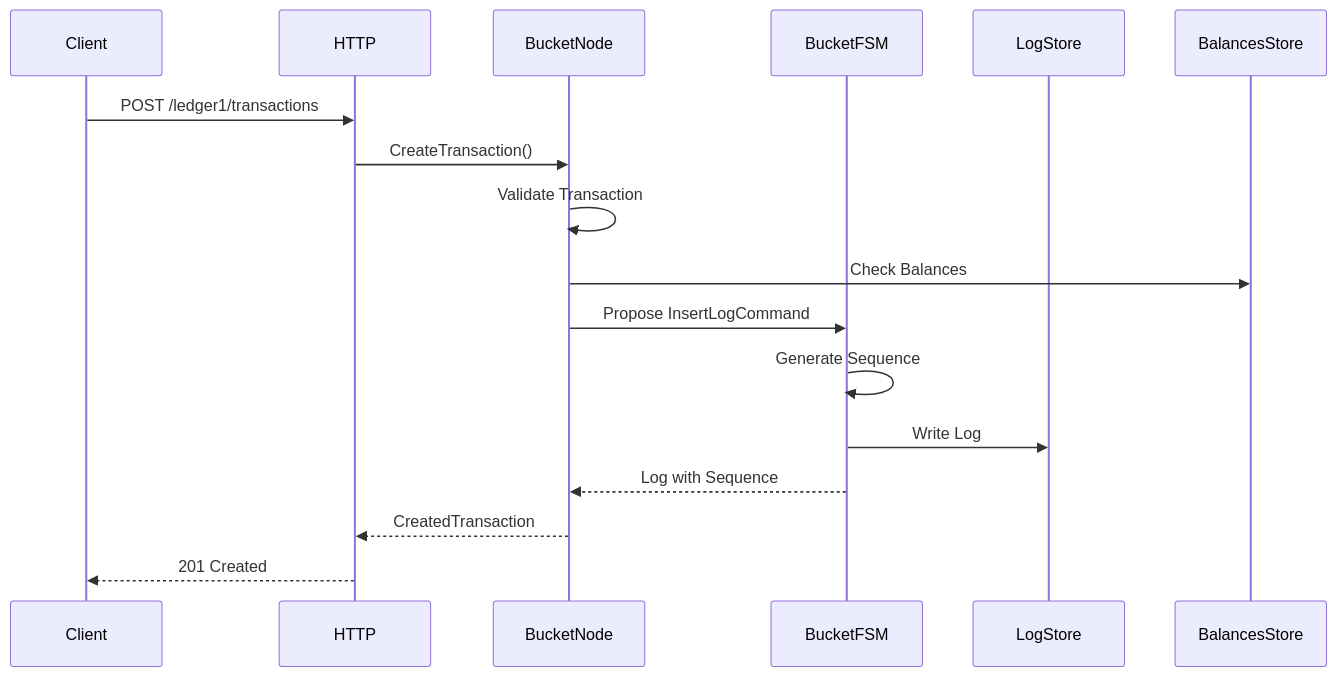
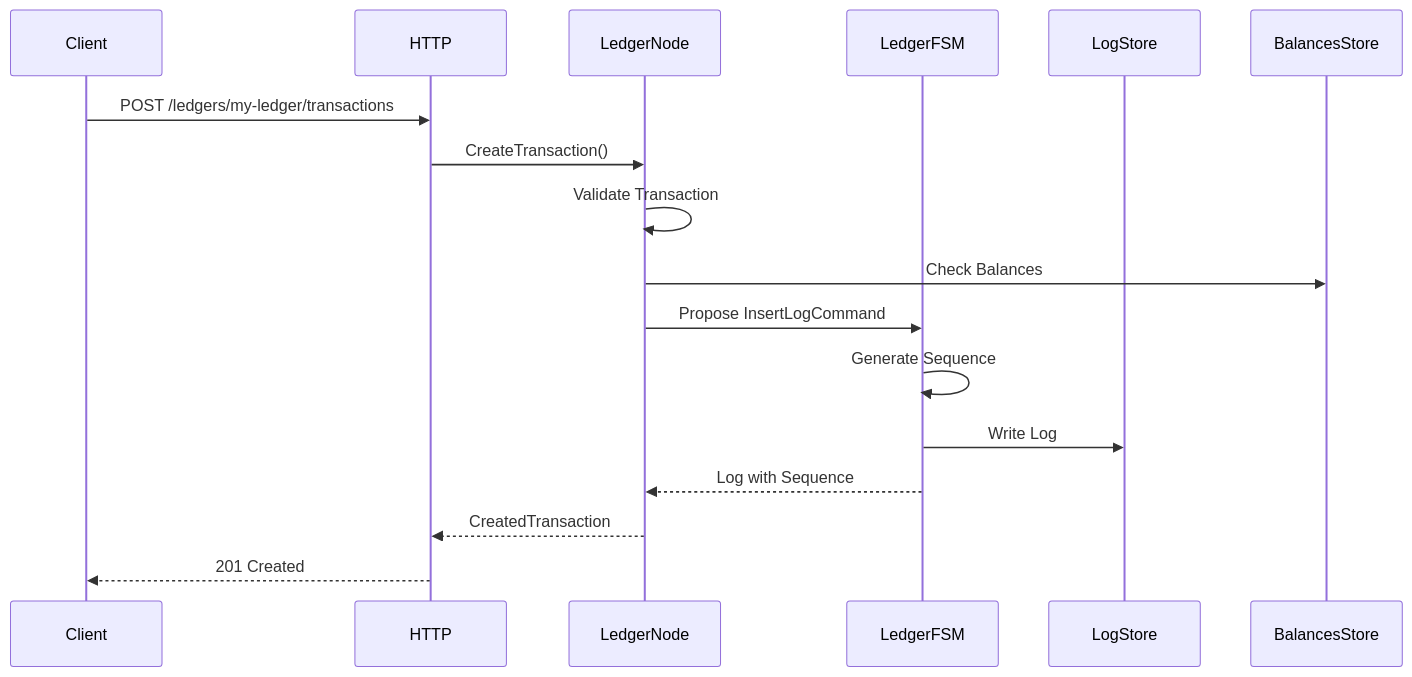
Before and after one commit to formancehq/ledger: the third of 3 diagrams in docs/buckets-ledgers.md, drawn with Mermaid. The commit also changed other lines of this file and 123 other files, not shown here.

````diff
--- a/docs/buckets-ledgers.md
+++ b/docs/buckets-ledgers.md
@@ -194,20 +173,20 @@
 ```mermaid
 sequenceDiagram
     participant Client
     participant HTTP
-    participant BucketNode
-    participant BucketFSM
+    participant LedgerNode
+    participant LedgerFSM
     participant LogStore
     participant BalancesStore
     
-    Client->>HTTP: POST /ledger1/transactions
-    HTTP->>BucketNode: CreateTransaction()
-    BucketNode->>BucketNode: Validate Transaction
-    BucketNode->>BalancesStore: Check Balances
-    BucketNode->>BucketFSM: Propose InsertLogCommand
-    BucketFSM->>BucketFSM: Generate Sequence
-    BucketFSM->>LogStore: Write Log
-    BucketFSM-->>BucketNode: Log with Sequence
-    BucketNode-->>HTTP: CreatedTransaction
+    Client->>HTTP: POST /ledgers/my-ledger/transactions
+    HTTP->>LedgerNode: CreateTransaction()
+    LedgerNode->>LedgerNode: Validate Transaction
+    LedgerNode->>BalancesStore: Check Balances
+    LedgerNode->>LedgerFSM: Propose InsertLogCommand
+    LedgerFSM->>LedgerFSM: Generate Sequence
+    LedgerFSM->>LogStore: Write Log
+    LedgerFSM-->>LedgerNode: Log with Sequence
+    LedgerNode-->>HTTP: CreatedTransaction
     HTTP-->>Client: 201 Created
 ```
````
